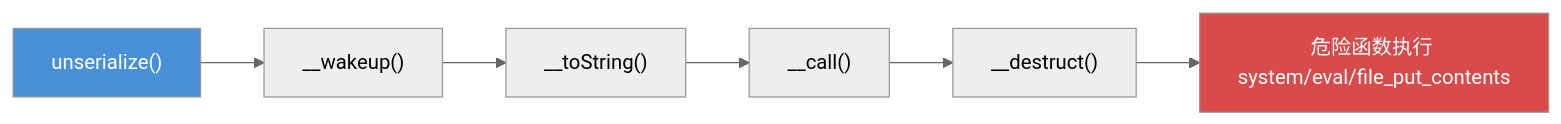
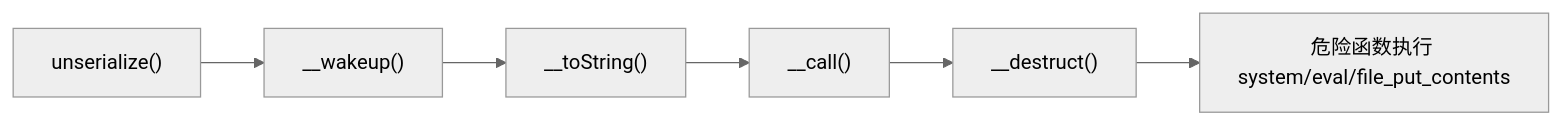
The first of 2 diagrams in source/_posts/Deserialization-php-basics.md (congliang/congliang.github.io), drawn with Mermaid (neutral theme) before and after one commit. The commit also changed other lines of this file and 42 other files, not shown here.

Commit message:
优化 Mermaid 图表渲染兼容性

````diff
--- a/source/_posts/Deserialization-php-basics.md
+++ b/source/_posts/Deserialization-php-basics.md
@@ -150,10 +150,8 @@
 ```mermaid
 flowchart LR
     A["unserialize()"] --> B["__wakeup()"]
     B --> C["__toString()"]
     C --> D["__call()"]
     D --> E["__destruct()"]
     E --> F["危险函数执行 system/eval/file_put_contents"]
-    style A fill:#4a90d9,color:#fff
-    style F fill:#d94a4a,color:#fff
 ```
````
